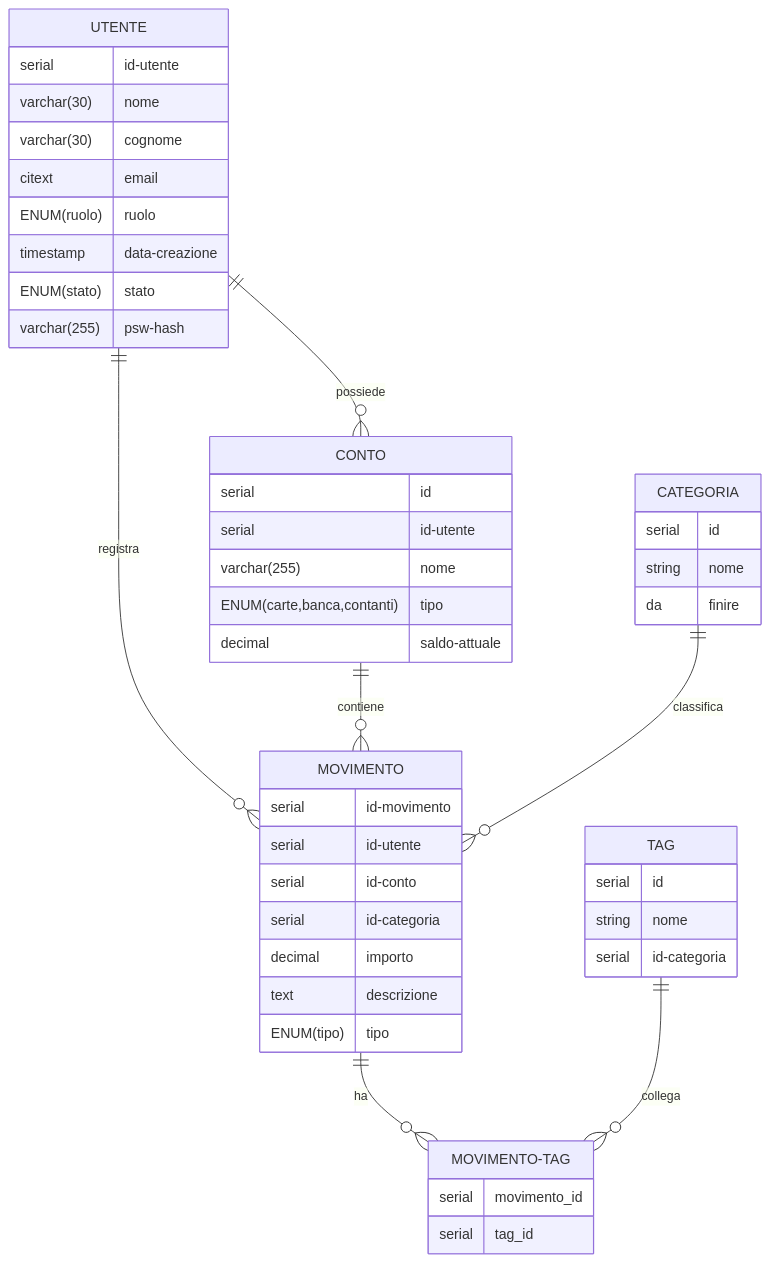
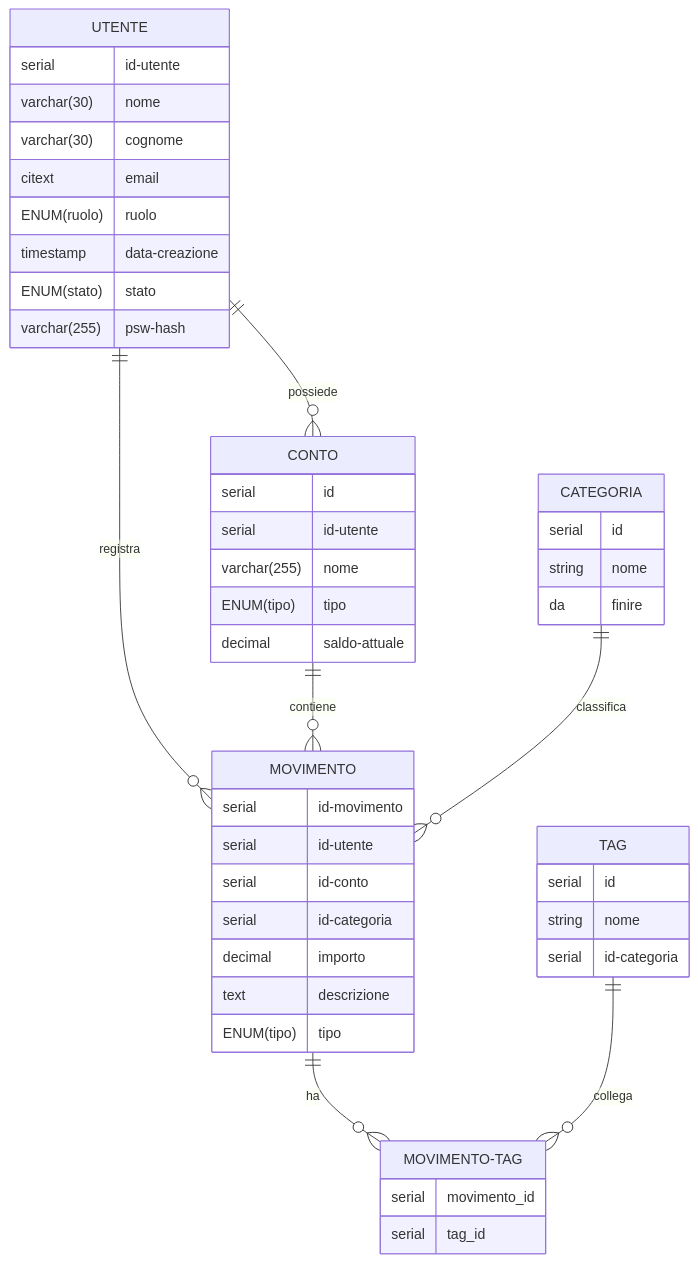
The diagram in README.MD (StetoVillans/SV-ErMoneiTracher), drawn with Mermaid before and after one commit.

Commit message:
Docs: tabella conto aggiunta

````diff
--- a/README.MD
+++ b/README.MD
@@ -29,55 +29,55 @@
 ``` mermaid
 erDiagram
     UTENTE {
         serial id-utente
         varchar(30) nome
         varchar(30) cognome
         citext email
         ENUM(ruolo) ruolo
         timestamp data-creazione
         ENUM(stato) stato
         varchar(255) psw-hash
     }
 
     CONTO {
         serial id
         serial id-utente
         varchar(255) nome
-        ENUM(carte,banca,contanti) tipo
+        ENUM(tipo) tipo
         decimal saldo-attuale
     }
 
     MOVIMENTO {
         serial id-movimento
         serial id-utente
         serial id-conto
         serial id-categoria
         decimal importo
         text descrizione
         ENUM(tipo) tipo
     }
 
     CATEGORIA {
         serial id
         string nome
         da finire
     }
 
     TAG {
         serial id
         string nome
         serial id-categoria
     }
 
     MOVIMENTO-TAG {
         serial movimento_id
         serial tag_id
     }
 
     UTENTE ||--o{ CONTO : possiede
     UTENTE ||--o{ MOVIMENTO : registra
     CONTO ||--o{ MOVIMENTO : contiene
     CATEGORIA ||--o{ MOVIMENTO : classifica
     MOVIMENTO ||--o{ MOVIMENTO-TAG : ha
     TAG ||--o{ MOVIMENTO-TAG : collega
 ```
````
